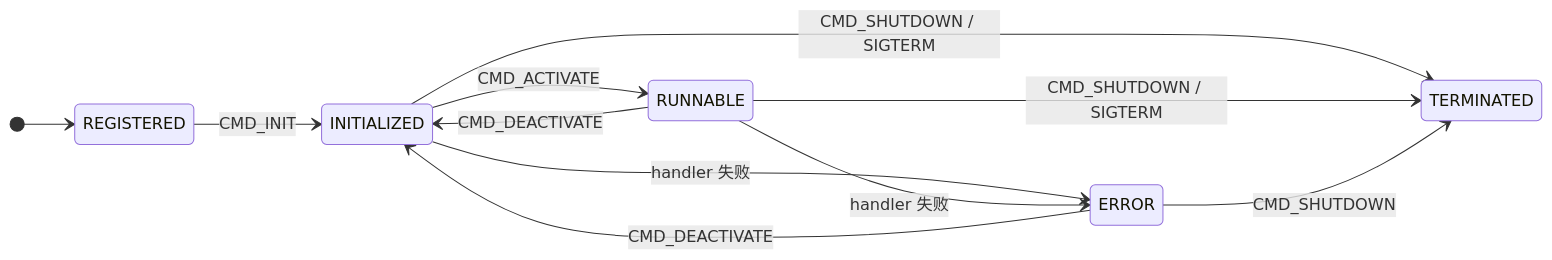
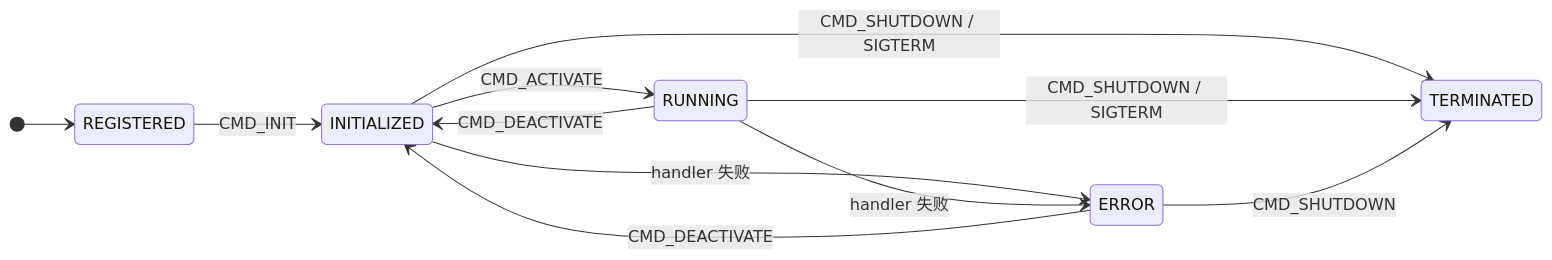
One commit to syswonder/robonix-book changed the first of 3 diagrams in src/architecture/cap-lifecycle.md. Above: the diagram before and after it, drawn with Mermaid. The commit also changed other lines of this file, not shown here.

First line of the commit message:
v0.1.2: rename RUNNABLE → RUNNING; switch lifecycle examples to Result type

````diff
--- a/src/architecture/cap-lifecycle.md
+++ b/src/architecture/cap-lifecycle.md
@@ -19,14 +19,14 @@
 ```mermaid
 stateDiagram-v2
     direction LR
     [*] --> REGISTERED
     REGISTERED  --> INITIALIZED : CMD_INIT
-    INITIALIZED --> RUNNABLE    : CMD_ACTIVATE
-    RUNNABLE    --> INITIALIZED : CMD_DEACTIVATE
+    INITIALIZED --> RUNNING    : CMD_ACTIVATE
+    RUNNING    --> INITIALIZED : CMD_DEACTIVATE
     INITIALIZED --> ERROR       : handler 失败
-    RUNNABLE    --> ERROR       : handler 失败
+    RUNNING    --> ERROR       : handler 失败
     ERROR       --> INITIALIZED : CMD_DEACTIVATE
     INITIALIZED --> TERMINATED  : CMD_SHUTDOWN / SIGTERM
-    RUNNABLE    --> TERMINATED  : CMD_SHUTDOWN / SIGTERM
+    RUNNING    --> TERMINATED  : CMD_SHUTDOWN / SIGTERM
     ERROR       --> TERMINATED  : CMD_SHUTDOWN
 ```
````
